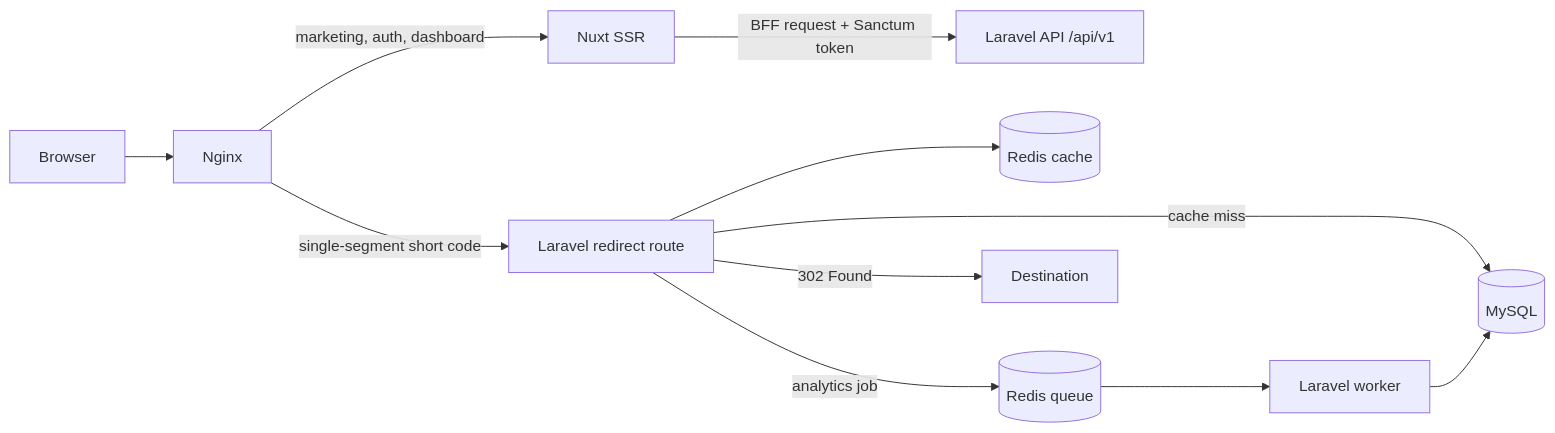
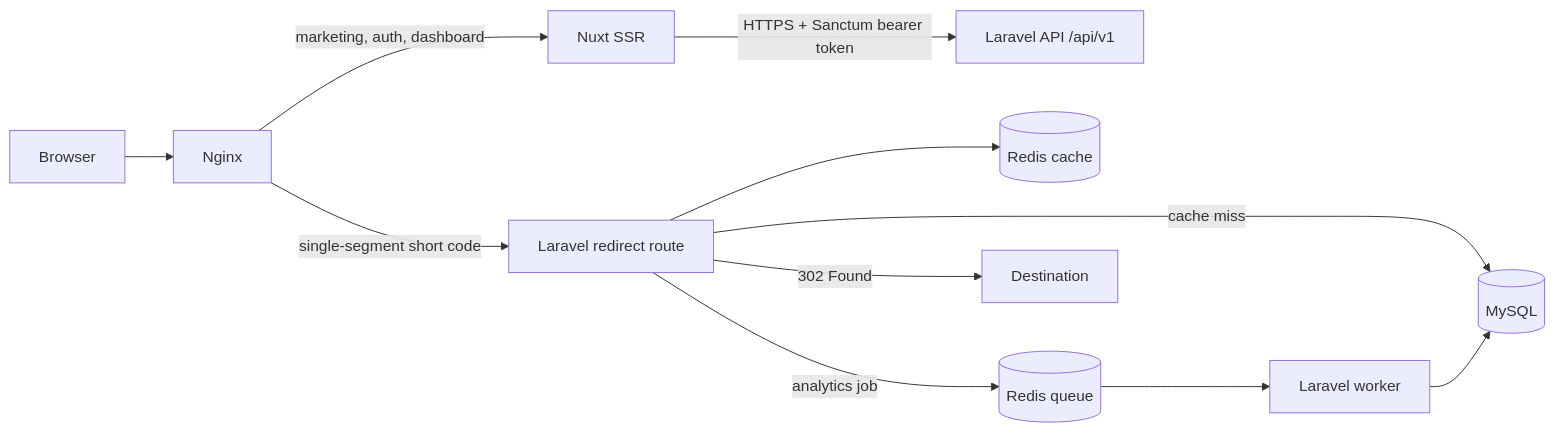
One commit to trtayebee089/url-shortner changed the first of 4 diagrams in ARCHITECTURE.md. Above: the diagram before and after it, drawn with Mermaid. The commit also changed other lines of this file and 30 other files, not shown here.

````diff
--- a/ARCHITECTURE.md
+++ b/ARCHITECTURE.md
@@ -12,13 +12,13 @@
 ```mermaid
 flowchart LR
     B[Browser] --> N[Nginx]
     N -->|marketing, auth, dashboard| U[Nuxt SSR]
-    U -->|BFF request + Sanctum token| A[Laravel API /api/v1]
+    U -->|HTTPS + Sanctum bearer token| A[Laravel API /api/v1]
     N -->|single-segment short code| R[Laravel redirect route]
     R --> C[(Redis cache)]
     R -->|cache miss| M[(MySQL)]
     R -->|analytics job| Q[(Redis queue)]
     Q --> W[Laravel worker]
     W --> M
     R -->|302 Found| D[Destination]
 ```
````
